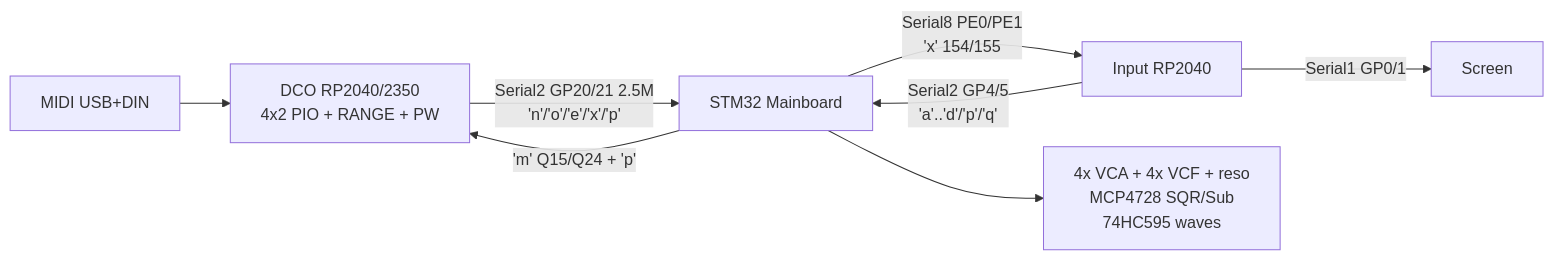
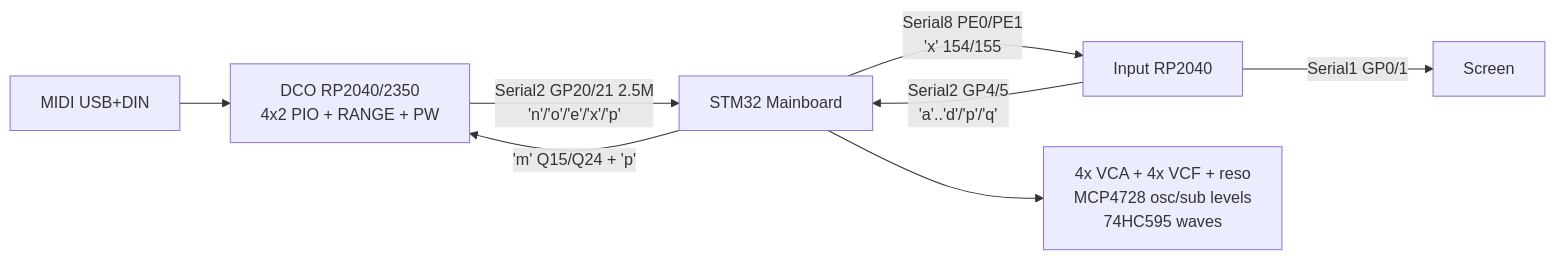
Before and after one commit to felipegaspari/DCO4-REBORN: the diagram in README.md, drawn with Mermaid. The commit also changed other lines of this file and 1 other file, not shown here.

Commit message:
calibration works

````diff
--- a/README.md
+++ b/README.md
@@ -42,10 +42,10 @@
 ```mermaid
 flowchart LR
   MIDI["MIDI USB+DIN"] --> DCO["DCO RP2040/2350\n4x2 PIO + RANGE + PW"]
   DCO -->|"Serial2 GP20/21 2.5M\n'n'/'o'/'e'/'x'/'p'"| MB["STM32 Mainboard"]
   MB -->|"'m' Q15/Q24 + 'p'"| DCO
   Input["Input RP2040"] -->|"Serial2 GP4/5\n'a'..'d'/'p'/'q'"| MB
   Input -->|"Serial1 GP0/1"| Screen["Screen"]
   MB -->|"Serial8 PE0/PE1\n'x' 154/155"| Input
-  MB --> Analog["4x VCA + 4x VCF + reso\nMCP4728 SQR/Sub\n74HC595 waves"]
+  MB --> Analog["4x VCA + 4x VCF + reso\nMCP4728 osc/sub levels\n74HC595 waves"]
 ```
````
